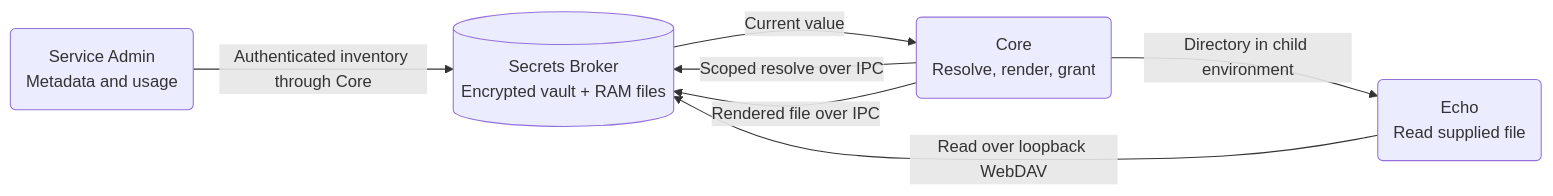
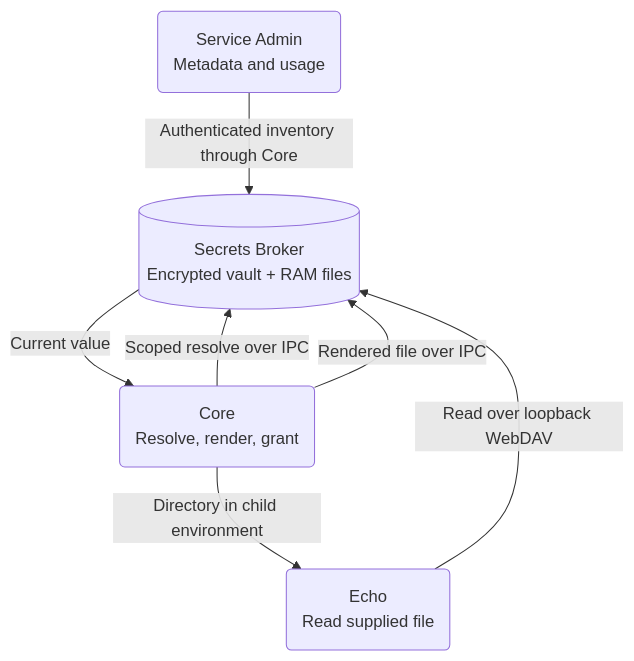
One commit to service-lasso/service-lasso changed the diagram in docs/getting-started/advanced-provision-service-secrets-securely.md. Above: the diagram before and after it, drawn with Mermaid.

Commit message:
docs(1740): make secret provisioning diagram readable (#1742)

````diff
--- a/docs/getting-started/advanced-provision-service-secrets-securely.md
+++ b/docs/getting-started/advanced-provision-service-secrets-securely.md
@@ -21,15 +21,15 @@
 ```mermaid
-flowchart LR
+flowchart TB
   accTitle: Provision a service secret file
   accDescr: Core resolves a scoped secret from Broker, renders the declared file and returns it to Broker RAM. Echo receives a private directory in its environment and reads the file. Admin observes metadata and counters only.
   broker[("Secrets Broker<br/>Encrypted vault + RAM files")]
   core("Core<br/>Resolve, render, grant")
   echo("Echo<br/>Read supplied file")
   admin("Service Admin<br/>Metadata and usage")
   core -->|Scoped resolve over IPC| broker
   broker -->|Current value| core
   core -->|Rendered file over IPC| broker
   core -->|Directory in child environment| echo
   echo -->|Read over loopback WebDAV| broker
   admin -->|Authenticated inventory through Core| broker
 ```
````
